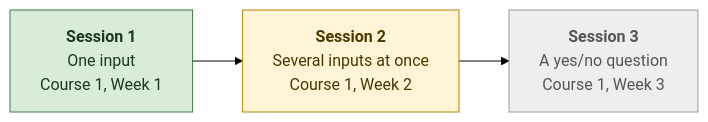
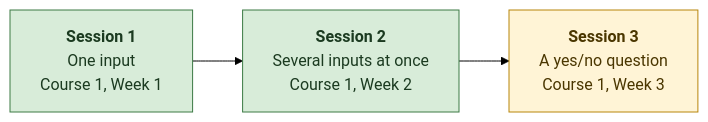
The first of 2 diagrams in PROGRESS.md (penelopemichou/austerity-ml), drawn with Mermaid (forest theme) before and after one commit. The commit also changed other lines of this file and 6 other files, not shown here.

First line of the commit message:
Add Session 2: several inputs, scaling and vectorized gradient descent

````diff
--- a/PROGRESS.md
+++ b/PROGRESS.md
@@ -13,7 +13,7 @@
 ```mermaid
 flowchart LR
-    S1["<b>Session 1</b><br/>One input<br/>Course 1, Week 1"]:::done --> S2["<b>Session 2</b><br/>Several inputs at once<br/>Course 1, Week 2"]:::next --> S3["<b>Session 3</b><br/>A yes/no question<br/>Course 1, Week 3"]:::later
+    S1["<b>Session 1</b><br/>One input<br/>Course 1, Week 1"]:::done --> S2["<b>Session 2</b><br/>Several inputs at once<br/>Course 1, Week 2"]:::done --> S3["<b>Session 3</b><br/>A yes/no question<br/>Course 1, Week 3"]:::next
     classDef done fill:#d8ecd9,stroke:#3c7a45,color:#1b3a20
     classDef next fill:#fff4d6,stroke:#b8860b,color:#4a3600
     classDef later fill:#eeeeee,stroke:#999999,color:#555555
 ```
````
